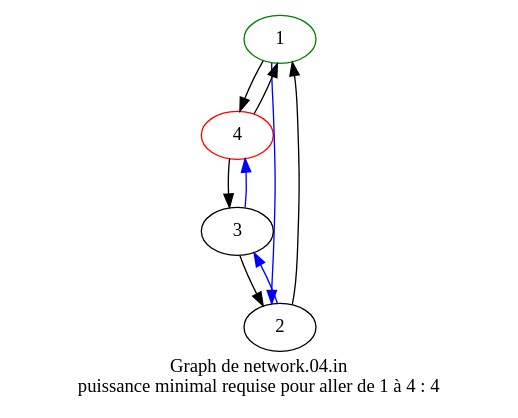
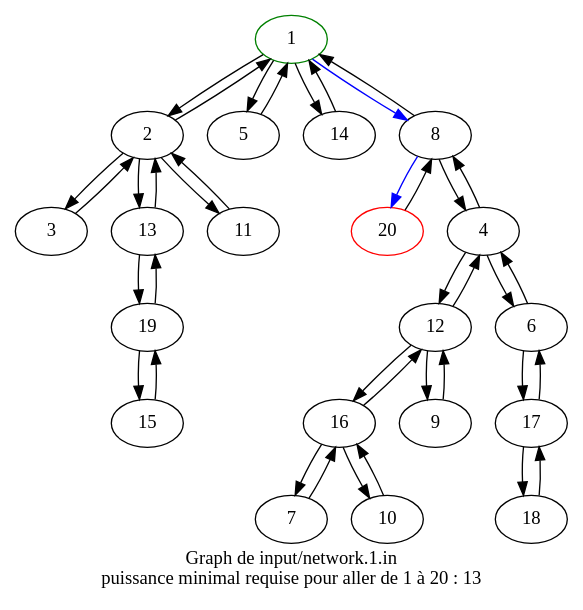
One commit to gabrieldeboerdere/ensae-prog23-1 changed the diagram in representation_graph.gv. Above: the diagram before and after it, drawn with Graphviz. The commit also changed 1 other file, not shown here.

```diff
--- a/representation_graph.gv
+++ b/representation_graph.gv
@@ -1,17 +1,46 @@
 strict digraph G {
 	1 [color=green]
-	4 [color=red]
-	1 -> 4
+	20 [color=red]
 	1 -> 2
+	1 -> 5
+	1 -> 14
+	1 -> 8
+	2 -> 1
 	2 -> 3
-	2 -> 1
+	2 -> 13
+	2 -> 11
 	3 -> 2
-	3 -> 4
-	4 -> 3
-	4 -> 1
-	1 -> 2 [color=blue]
-	2 -> 3 [color=blue]
-	3 -> 4 [color=blue]
-	label="Graph de network.04.in
-puissance minimal requise pour aller de 1 à 4 : 4"
+	4 -> 12
+	4 -> 8
+	4 -> 6
+	5 -> 1
+	6 -> 17
+	6 -> 4
+	7 -> 16
+	8 -> 4
+	8 -> 20
+	8 -> 1
+	9 -> 12
+	10 -> 16
+	11 -> 2
+	12 -> 4
+	12 -> 9
+	12 -> 16
+	13 -> 19
+	13 -> 2
+	14 -> 1
+	15 -> 19
+	16 -> 7
+	16 -> 12
+	16 -> 10
+	17 -> 18
+	17 -> 6
+	18 -> 17
+	19 -> 13
+	19 -> 15
+	20 -> 8
+	1 -> 8 [color=blue]
+	8 -> 20 [color=blue]
+	label="Graph de input/network.1.in
+puissance minimal requise pour aller de 1 à 20 : 13"
 }
```
